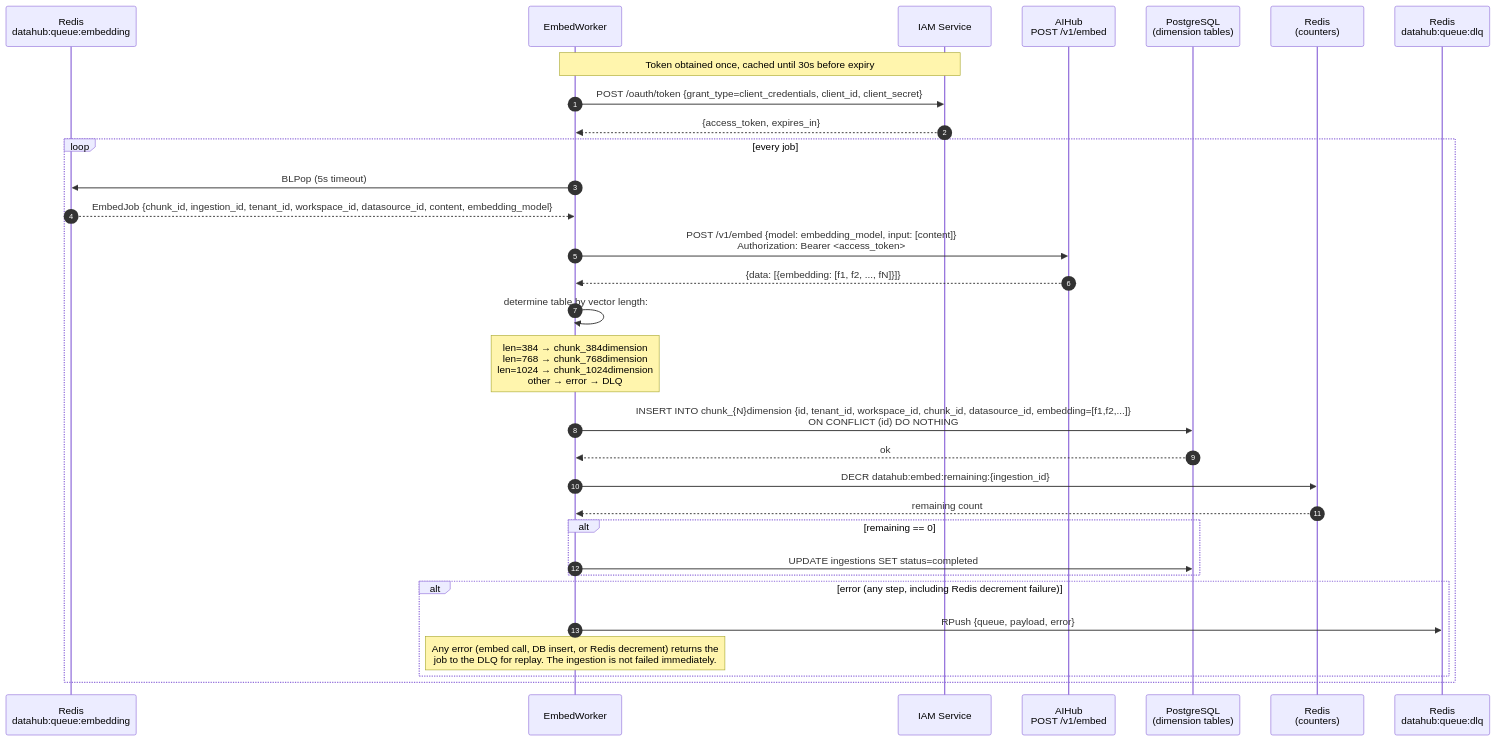
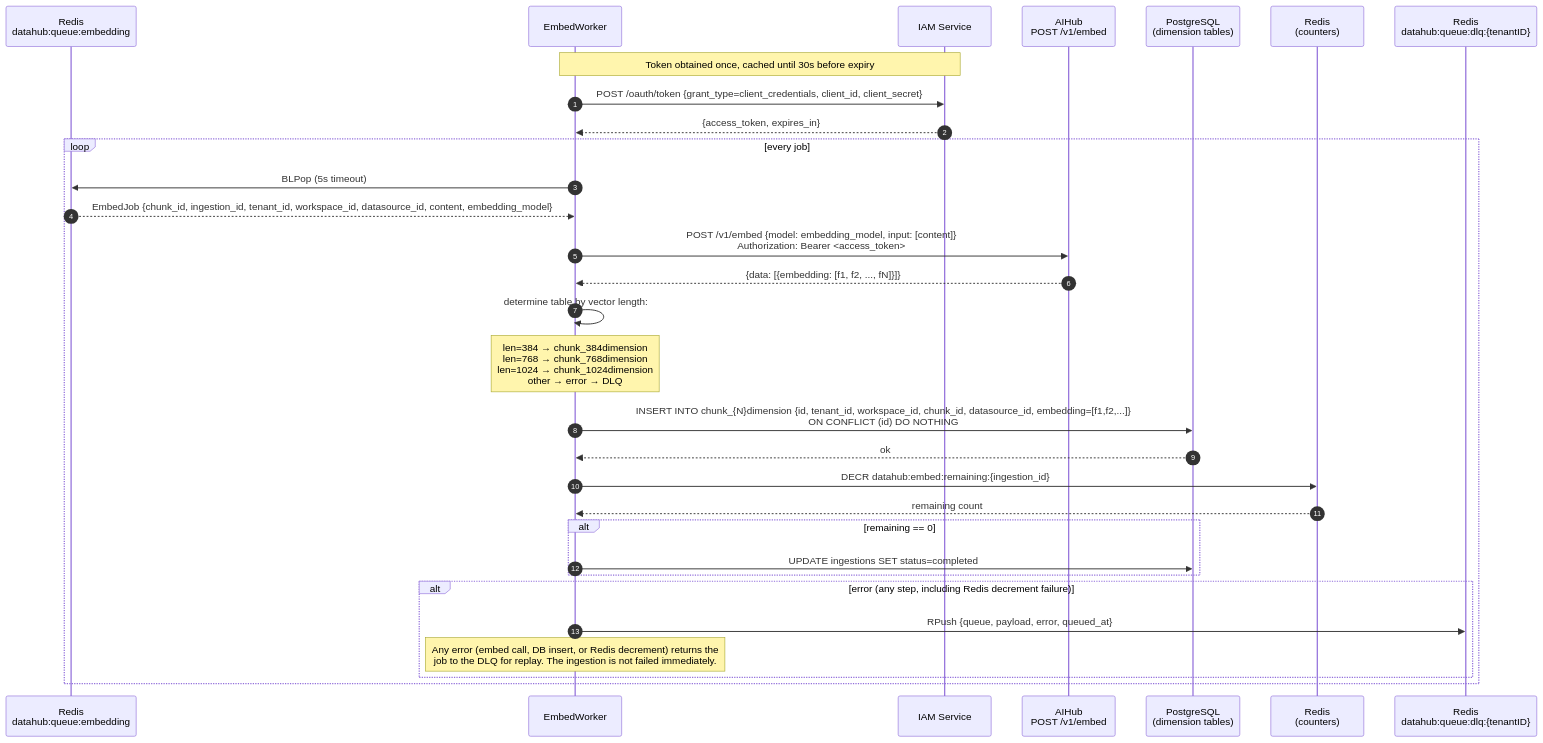
One commit to Andrew-Bu1/Agent-Platform changed the fourth of 4 diagrams in docs/architecture/data_layer/ingestion_sequence.md. Above: the diagram before and after it, drawn with Mermaid. The commit also changed other lines of this file and 6 other files, not shown here.

````diff
--- a/docs/architecture/data_layer/ingestion_sequence.md
+++ b/docs/architecture/data_layer/ingestion_sequence.md
@@ -139,41 +139,41 @@
 ```mermaid
 sequenceDiagram
     autonumber
     participant EQ as Redis<br/>datahub:queue:embedding
     participant EW as EmbedWorker
     participant IAM as IAM Service
     participant AIHub as AIHub<br/>POST /v1/embed
     participant PG as PostgreSQL<br/>(dimension tables)
     participant Redis as Redis<br/>(counters)
-    participant DLQ as Redis<br/>datahub:queue:dlq
+    participant DLQ as Redis<br/>datahub:queue:dlq:{tenantID}
 
     Note over EW,IAM: Token obtained once, cached until 30s before expiry
     EW->>IAM: POST /oauth/token {grant_type=client_credentials, client_id, client_secret}
     IAM-->>EW: {access_token, expires_in}
 
     loop every job
         EW->>EQ: BLPop (5s timeout)
         EQ-->>EW: EmbedJob {chunk_id, ingestion_id, tenant_id, workspace_id, datasource_id, content, embedding_model}
 
         EW->>AIHub: POST /v1/embed {model: embedding_model, input: [content]}<br/>Authorization: Bearer <access_token>
         AIHub-->>EW: {data: [{embedding: [f1, f2, ..., fN]}]}
 
         EW->>EW: determine table by vector length:
         Note over EW: len=384  → chunk_384dimension<br/>len=768  → chunk_768dimension<br/>len=1024 → chunk_1024dimension<br/>other    → error → DLQ
 
         EW->>PG: INSERT INTO chunk_{N}dimension {id, tenant_id, workspace_id, chunk_id, datasource_id, embedding=[f1,f2,...]}<br/>ON CONFLICT (id) DO NOTHING
         PG-->>EW: ok
 
         EW->>Redis: DECR datahub:embed:remaining:{ingestion_id}
         Redis-->>EW: remaining count
 
         alt remaining == 0
             EW->>PG: UPDATE ingestions SET status=completed
         end
 
         alt error (any step, including Redis decrement failure)
-            EW->>DLQ: RPush {queue, payload, error}
+            EW->>DLQ: RPush {queue, payload, error, queued_at}
             Note over EW: Any error (embed call, DB insert, or Redis decrement) returns the<br/>job to the DLQ for replay. The ingestion is not failed immediately.
         end
     end
 ```
````
